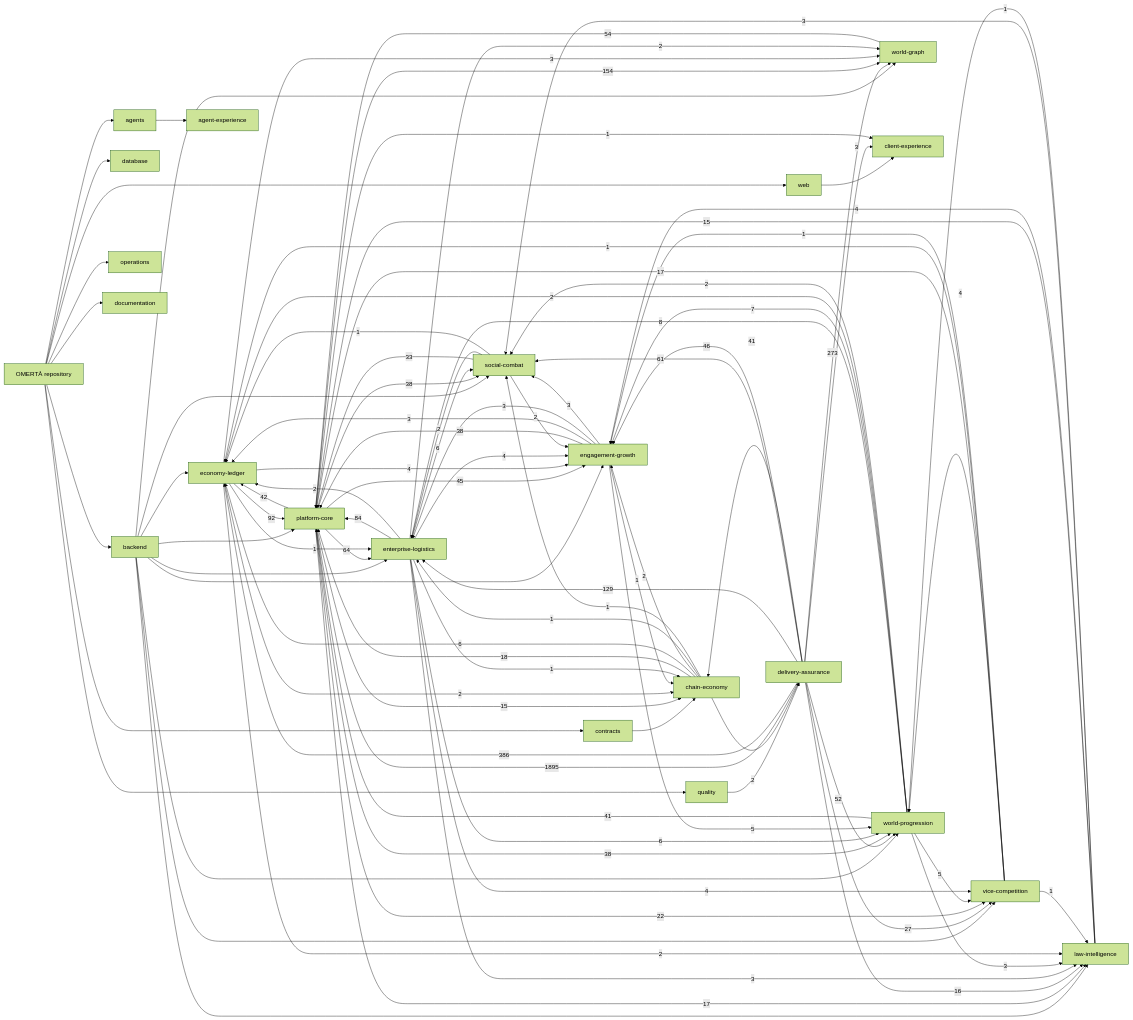
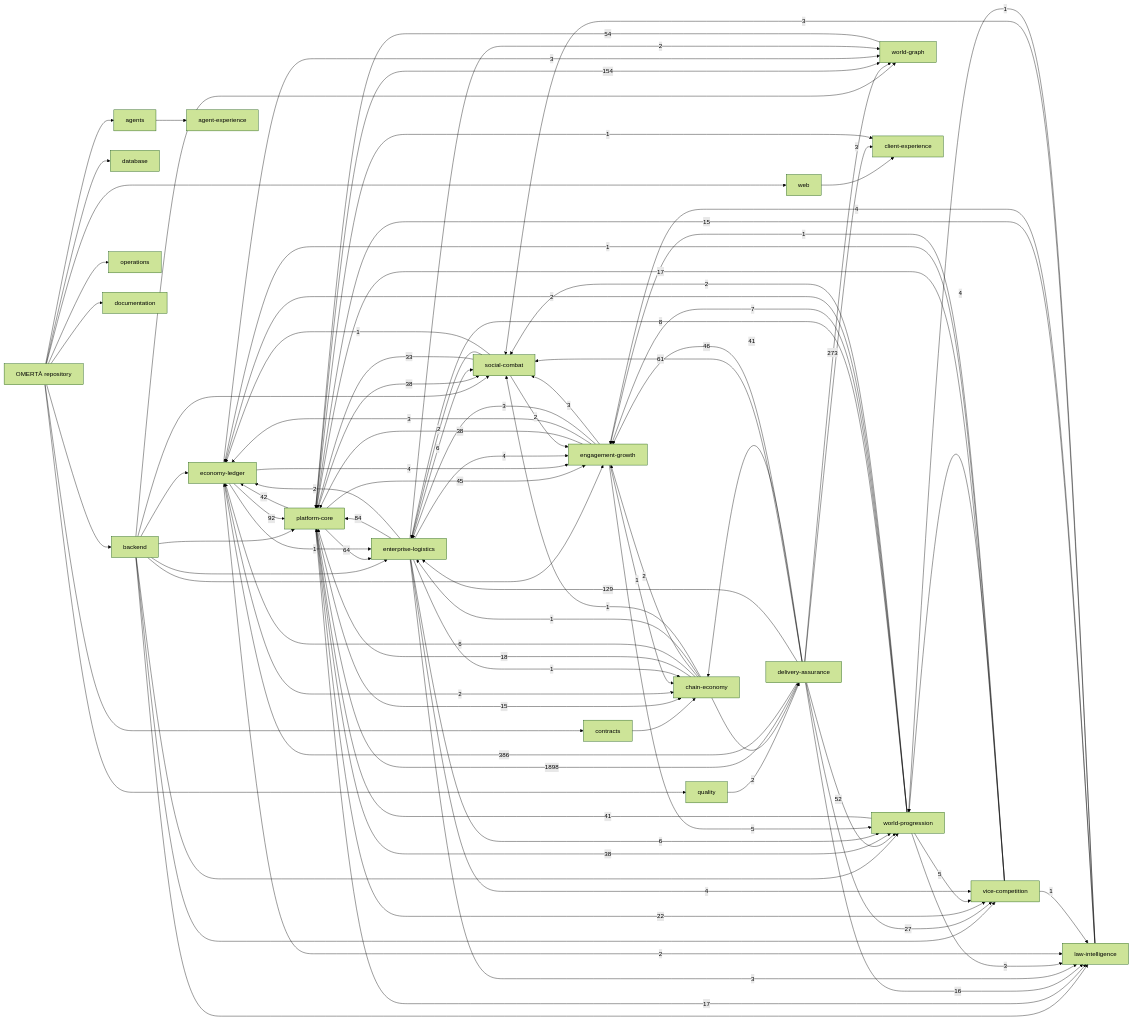
Before and after one commit to OmertaDev/Omerta: the diagram in knowledge/generated/graph.mmd, drawn with Mermaid (forest theme). The commit also changed 6 other files, not shown here.

```diff
--- a/knowledge/generated/graph.mmd
+++ b/knowledge/generated/graph.mmd
@@ -1,113 +1,113 @@
 flowchart LR
   repo["OMERTÀ repository"]
   sub_backend["backend"]
   repo --> sub_backend
   sub_database["database"]
   repo --> sub_database
   sub_web["web"]
   repo --> sub_web
   sub_contracts["contracts"]
   repo --> sub_contracts
   sub_agents["agents"]
   repo --> sub_agents
   sub_quality["quality"]
   repo --> sub_quality
   sub_operations["operations"]
   repo --> sub_operations
   sub_documentation["documentation"]
   repo --> sub_documentation
   dom_platform-core["platform-core"]
   dom_economy-ledger["economy-ledger"]
   dom_social-combat["social-combat"]
   dom_world-progression["world-progression"]
   dom_world-graph["world-graph"]
   dom_enterprise-logistics["enterprise-logistics"]
   dom_vice-competition["vice-competition"]
   dom_law-intelligence["law-intelligence"]
   dom_chain-economy["chain-economy"]
   dom_engagement-growth["engagement-growth"]
   dom_client-experience["client-experience"]
   dom_agent-experience["agent-experience"]
   dom_delivery-assurance["delivery-assurance"]
   sub_agents --> dom_agent-experience
   sub_backend --> dom_economy-ledger
   sub_backend --> dom_engagement-growth
   sub_backend --> dom_enterprise-logistics
   sub_backend --> dom_law-intelligence
   sub_backend --> dom_platform-core
   sub_backend --> dom_social-combat
   sub_backend --> dom_vice-competition
   sub_backend --> dom_world-graph
   sub_backend --> dom_world-progression
   sub_contracts --> dom_chain-economy
   sub_quality --> dom_delivery-assurance
   sub_web --> dom_client-experience
-  dom_delivery-assurance -->|1895| dom_platform-core
+  dom_delivery-assurance -->|1898| dom_platform-core
   dom_delivery-assurance -->|386| dom_economy-ledger
   dom_delivery-assurance -->|273| dom_world-graph
   dom_platform-core -->|154| dom_world-graph
   dom_delivery-assurance -->|129| dom_enterprise-logistics
   dom_economy-ledger -->|92| dom_platform-core
   dom_enterprise-logistics -->|84| dom_platform-core
   dom_platform-core -->|64| dom_enterprise-logistics
   dom_delivery-assurance -->|61| dom_social-combat
   dom_world-graph -->|54| dom_platform-core
   dom_delivery-assurance -->|52| dom_world-progression
   dom_delivery-assurance -->|46| dom_engagement-growth
   dom_platform-core -->|45| dom_engagement-growth
   dom_platform-core -->|42| dom_economy-ledger
   dom_delivery-assurance -->|41| dom_chain-economy
   dom_world-progression -->|41| dom_platform-core
   dom_engagement-growth -->|38| dom_platform-core
   dom_platform-core -->|38| dom_social-combat
   dom_platform-core -->|38| dom_world-progression
   dom_social-combat -->|33| dom_platform-core
   dom_delivery-assurance -->|27| dom_vice-competition
   dom_platform-core -->|22| dom_vice-competition
   dom_chain-economy -->|18| dom_platform-core
   dom_platform-core -->|17| dom_law-intelligence
   dom_vice-competition -->|17| dom_platform-core
   dom_delivery-assurance -->|16| dom_law-intelligence
   dom_law-intelligence -->|15| dom_platform-core
   dom_platform-core -->|15| dom_chain-economy
   dom_world-progression -->|8| dom_enterprise-logistics
   dom_world-progression -->|7| dom_engagement-growth
   dom_chain-economy -->|6| dom_economy-ledger
   dom_enterprise-logistics -->|6| dom_social-combat
   dom_enterprise-logistics -->|6| dom_world-progression
   dom_engagement-growth -->|5| dom_world-progression
   dom_world-progression -->|5| dom_vice-competition
   dom_economy-ledger -->|4| dom_engagement-growth
   dom_enterprise-logistics -->|4| dom_engagement-growth
   dom_enterprise-logistics -->|4| dom_vice-competition
   dom_law-intelligence -->|4| dom_engagement-growth
   dom_vice-competition -->|4| dom_world-progression
   dom_delivery-assurance -->|3| dom_client-experience
   dom_economy-ledger -->|3| dom_world-graph
   dom_engagement-growth -->|3| dom_economy-ledger
   dom_engagement-growth -->|3| dom_enterprise-logistics
   dom_engagement-growth -->|3| dom_social-combat
   dom_enterprise-logistics -->|3| dom_law-intelligence
   dom_law-intelligence -->|3| dom_social-combat
   dom_world-progression -->|3| dom_law-intelligence
   dom_chain-economy -->|2| dom_delivery-assurance
   dom_chain-economy -->|2| dom_engagement-growth
   dom_economy-ledger -->|2| dom_chain-economy
   dom_economy-ledger -->|2| dom_law-intelligence
   dom_enterprise-logistics -->|2| dom_economy-ledger
   dom_enterprise-logistics -->|2| dom_world-graph
   dom_social-combat -->|2| dom_engagement-growth
   dom_social-combat -->|2| dom_enterprise-logistics
   dom_world-progression -->|2| dom_economy-ledger
   dom_world-progression -->|2| dom_social-combat
   dom_chain-economy -->|1| dom_enterprise-logistics
   dom_chain-economy -->|1| dom_social-combat
   dom_economy-ledger -->|1| dom_enterprise-logistics
   dom_engagement-growth -->|1| dom_chain-economy
   dom_enterprise-logistics -->|1| dom_chain-economy
   dom_law-intelligence -->|1| dom_world-progression
   dom_platform-core -->|1| dom_client-experience
   dom_social-combat -->|1| dom_economy-ledger
   dom_vice-competition -->|1| dom_economy-ledger
   dom_vice-competition -->|1| dom_engagement-growth
   dom_vice-competition -->|1| dom_law-intelligence
```
